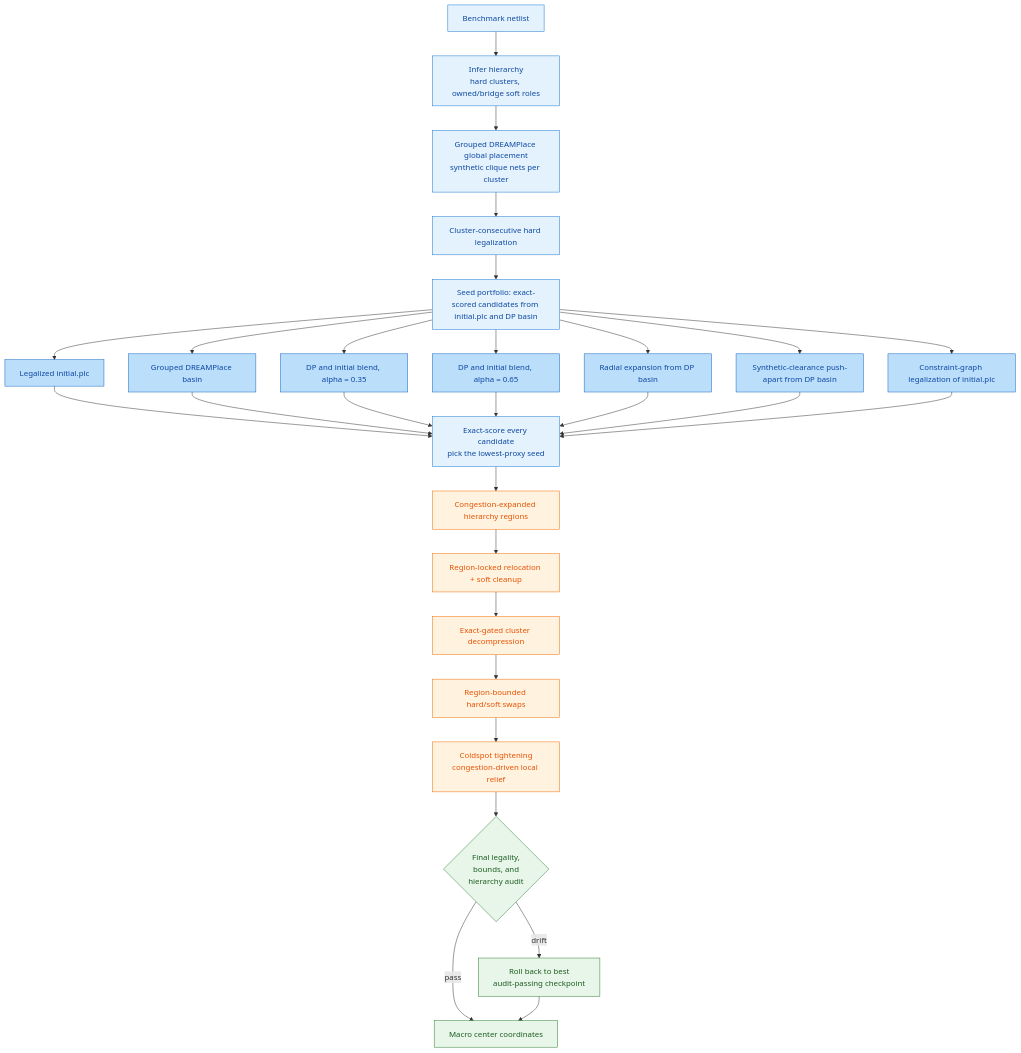
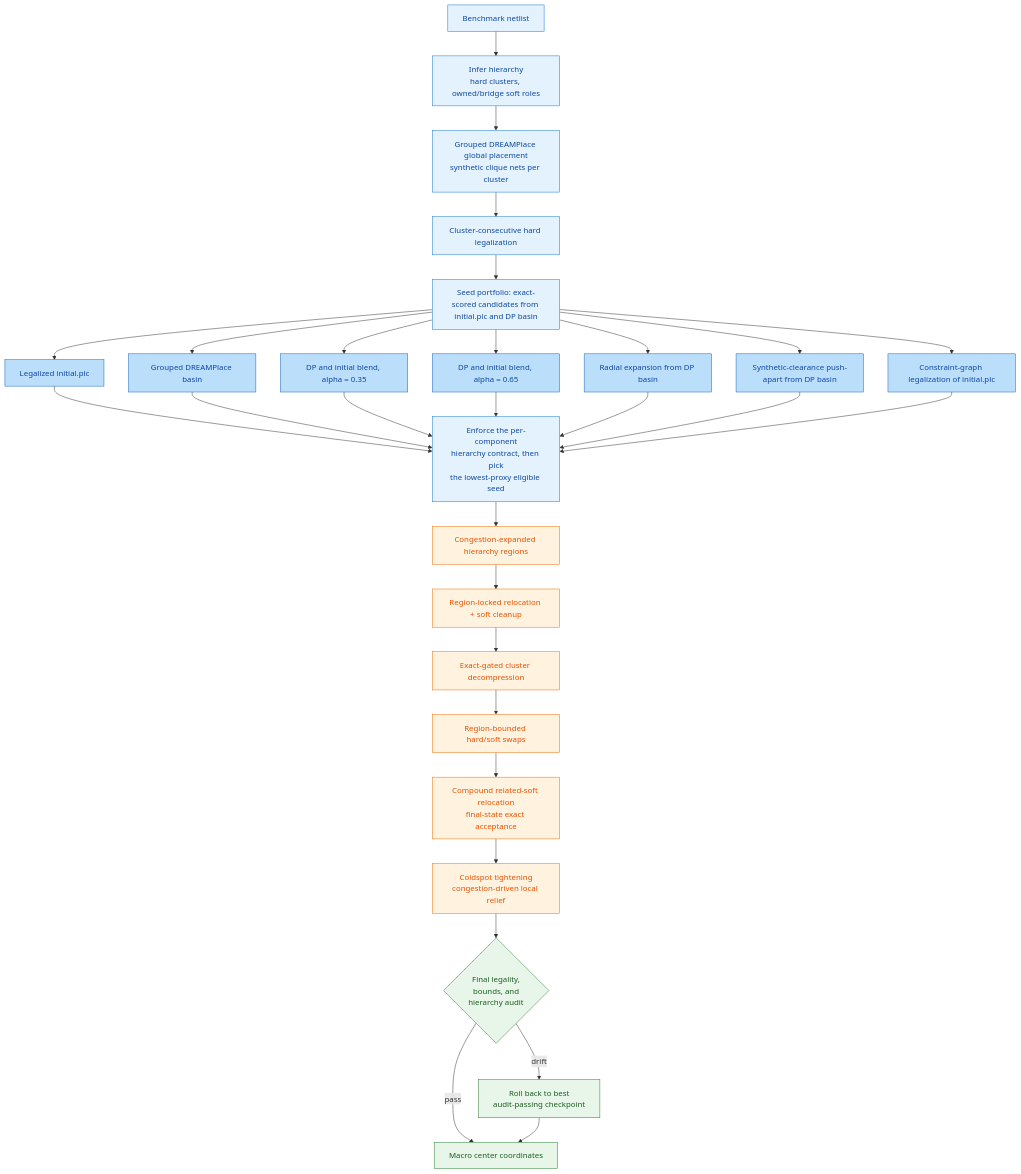
The diagram in README.md (SameerSul/leetfm-macro-place-challenge-2026), drawn with Mermaid before and after one commit. The commit also changed other lines of this file and 16 other files, not shown here.

````diff
--- a/README.md
+++ b/README.md
@@ -81,41 +81,42 @@
 ```mermaid
 flowchart TD
     A[Benchmark netlist] --> B[Infer hierarchy<br/>hard clusters, owned/bridge soft roles]
     B --> C[Grouped DREAMPlace global placement<br/>synthetic clique nets per cluster]
     C --> D[Cluster-consecutive hard legalization]
 
     D --> P[Seed portfolio: exact-scored candidates from initial.plc and DP basin]
     P --> S0[Legalized initial.plc]
     P --> S1[Grouped DREAMPlace basin]
     P --> S2[DP and initial blend, alpha = 0.35]
     P --> S3[DP and initial blend, alpha = 0.65]
     P --> S4[Radial expansion from DP basin]
     P --> S5[Synthetic-clearance push-apart from DP basin]
     P --> S6[Constraint-graph legalization of initial.plc]
-    S0 --> E[Exact-score every candidate<br/>pick the lowest-proxy seed]
+    S0 --> E[Enforce the per-component<br/>hierarchy contract, then pick<br/>the lowest-proxy eligible seed]
     S1 --> E
     S2 --> E
     S3 --> E
     S4 --> E
     S5 --> E
     S6 --> E
 
     E --> F[Congestion-expanded hierarchy regions]
     F --> G[Region-locked relocation + soft cleanup]
     G --> H[Exact-gated cluster decompression]
     H --> I[Region-bounded hard/soft swaps]
-    I --> J[Coldspot tightening<br/>congestion-driven local relief]
+    I --> I2[Compound related-soft relocation<br/>final-state exact acceptance]
+    I2 --> J[Coldspot tightening<br/>congestion-driven local relief]
     J --> L{Final legality,<br/>bounds, and<br/>hierarchy audit}
     L -->|pass| M[Macro center coordinates]
     L -->|drift| N[Roll back to best<br/>audit-passing checkpoint]
     N --> M
 
     classDef seed fill:#e3f2fd,stroke:#1976d2,color:#0d47a1
     classDef cand fill:#bbdefb,stroke:#1565c0,color:#0d47a1
     classDef search fill:#fff3e0,stroke:#ef6c00,color:#e65100
     classDef audit fill:#e8f5e9,stroke:#2e7d32,color:#1b5e20
     class A,B,C,D,P,E seed
     class S0,S1,S2,S3,S4,S5,S6 cand
-    class F,G,H,I,J search
+    class F,G,H,I,I2,J search
     class L,M,N audit
 ```
````
